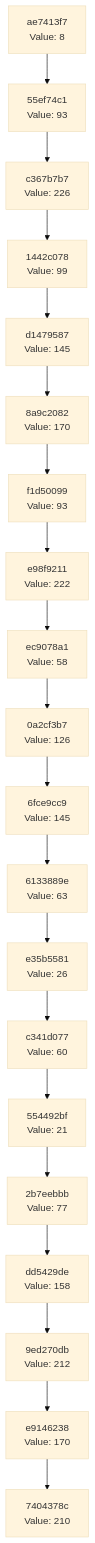
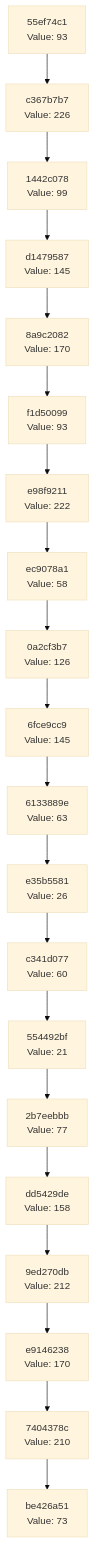
The diagram in docs/CHAIN_VISUALIZATION.md (Abhisheksinha1506/hash-chain-evolver), drawn with Mermaid (base theme) before and after one commit. The commit also changed 2 other files, not shown here.

Commit message:
Evolution step: hash 0x49 → action executed

````diff
--- a/docs/CHAIN_VISUALIZATION.md
+++ b/docs/CHAIN_VISUALIZATION.md
@@ -3,42 +3,42 @@
 ```mermaid
 graph TD
-    C0["7404378c<br/>Value: 210"]
-    C1["e9146238<br/>Value: 170"]
+    C0["be426a51<br/>Value: 73"]
+    C1["7404378c<br/>Value: 210"]
     C1 --> C0
-    C2["9ed270db<br/>Value: 212"]
+    C2["e9146238<br/>Value: 170"]
     C2 --> C1
-    C3["dd5429de<br/>Value: 158"]
+    C3["9ed270db<br/>Value: 212"]
     C3 --> C2
-    C4["2b7eebbb<br/>Value: 77"]
+    C4["dd5429de<br/>Value: 158"]
     C4 --> C3
-    C5["554492bf<br/>Value: 21"]
+    C5["2b7eebbb<br/>Value: 77"]
     C5 --> C4
-    C6["c341d077<br/>Value: 60"]
+    C6["554492bf<br/>Value: 21"]
     C6 --> C5
-    C7["e35b5581<br/>Value: 26"]
+    C7["c341d077<br/>Value: 60"]
     C7 --> C6
-    C8["6133889e<br/>Value: 63"]
+    C8["e35b5581<br/>Value: 26"]
     C8 --> C7
-    C9["6fce9cc9<br/>Value: 145"]
+    C9["6133889e<br/>Value: 63"]
     C9 --> C8
-    C10["0a2cf3b7<br/>Value: 126"]
+    C10["6fce9cc9<br/>Value: 145"]
     C10 --> C9
-    C11["ec9078a1<br/>Value: 58"]
+    C11["0a2cf3b7<br/>Value: 126"]
     C11 --> C10
-    C12["e98f9211<br/>Value: 222"]
+    C12["ec9078a1<br/>Value: 58"]
     C12 --> C11
-    C13["f1d50099<br/>Value: 93"]
+    C13["e98f9211<br/>Value: 222"]
     C13 --> C12
-    C14["8a9c2082<br/>Value: 170"]
+    C14["f1d50099<br/>Value: 93"]
     C14 --> C13
-    C15["d1479587<br/>Value: 145"]
+    C15["8a9c2082<br/>Value: 170"]
     C15 --> C14
-    C16["1442c078<br/>Value: 99"]
+    C16["d1479587<br/>Value: 145"]
     C16 --> C15
-    C17["c367b7b7<br/>Value: 226"]
+    C17["1442c078<br/>Value: 99"]
     C17 --> C16
-    C18["55ef74c1<br/>Value: 93"]
+    C18["c367b7b7<br/>Value: 226"]
     C18 --> C17
-    C19["ae7413f7<br/>Value: 8"]
+    C19["55ef74c1<br/>Value: 93"]
     C19 --> C18
 ```
````
